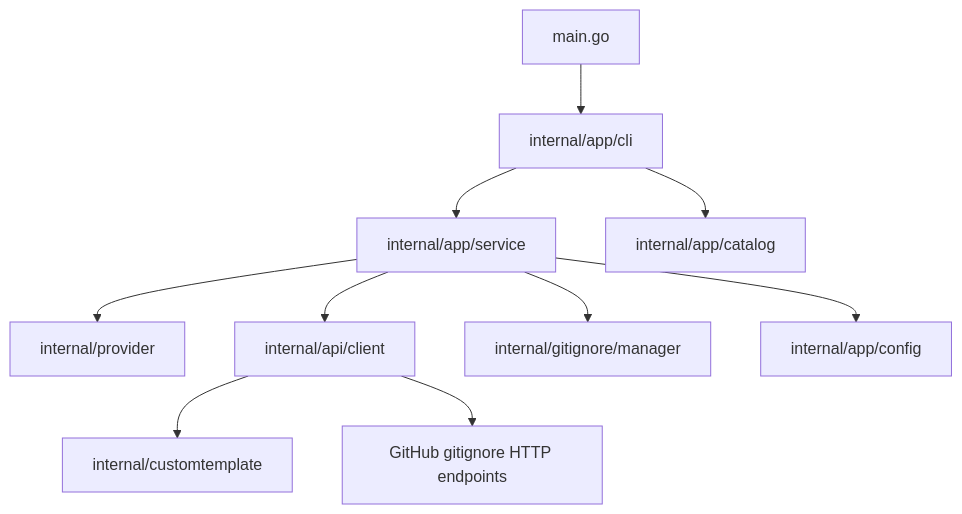
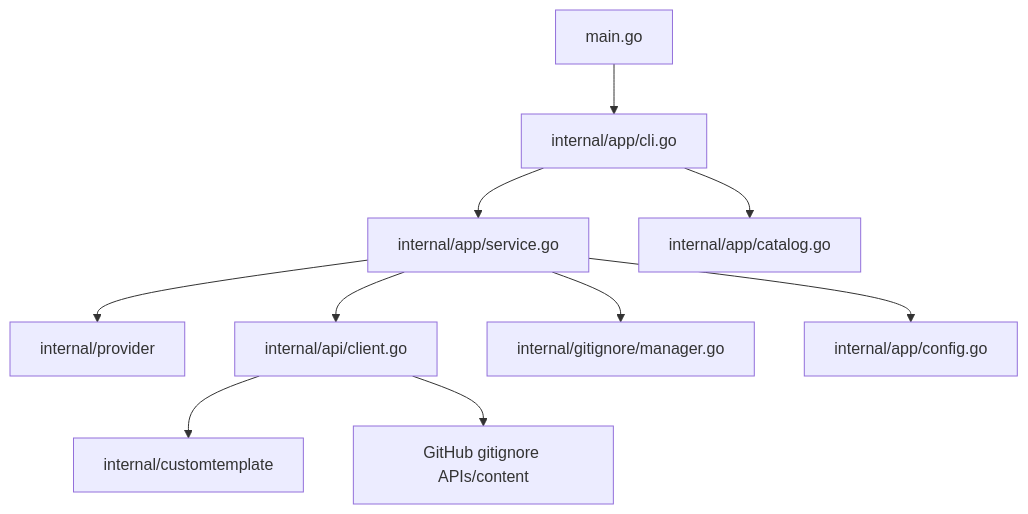
One commit to aaronflorey/genignore changed the diagram in docs/ARCHITECTURE.md. Above: the diagram before and after it, drawn with Mermaid. The commit also changed other lines of this file and 5 other files, not shown here.

````diff
--- a/docs/ARCHITECTURE.md
+++ b/docs/ARCHITECTURE.md
@@ -11,12 +11,12 @@
 ```mermaid
 graph TD
-  A[main.go] --> B[internal/app/cli]
-  B --> C[internal/app/service]
-  B --> D[internal/app/catalog]
+  A[main.go] --> B[internal/app/cli.go]
+  B --> C[internal/app/service.go]
+  B --> D[internal/app/catalog.go]
   C --> E[internal/provider]
-  C --> F[internal/api/client]
-  C --> G[internal/gitignore/manager]
-  C --> H[internal/app/config]
+  C --> F[internal/api/client.go]
+  C --> G[internal/gitignore/manager.go]
+  C --> H[internal/app/config.go]
   F --> I[internal/customtemplate]
-  F --> J[GitHub gitignore HTTP endpoints]
+  F --> J[GitHub gitignore APIs/content]
 ```
````
